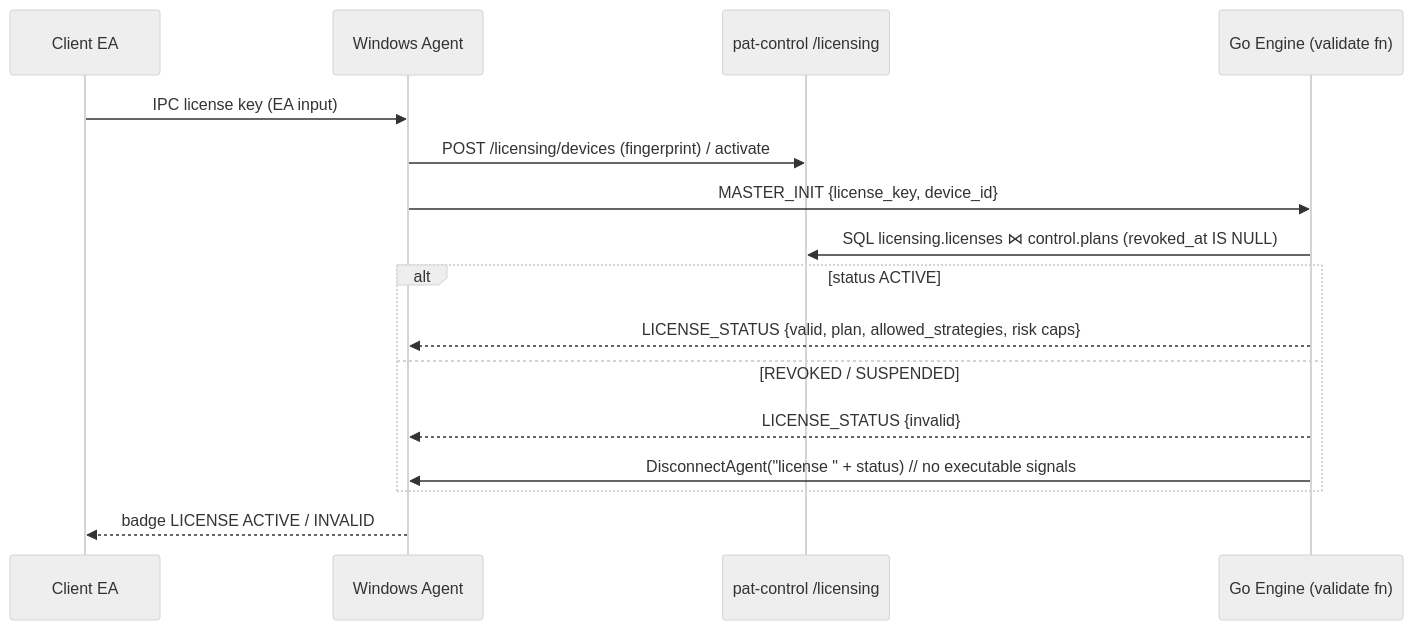
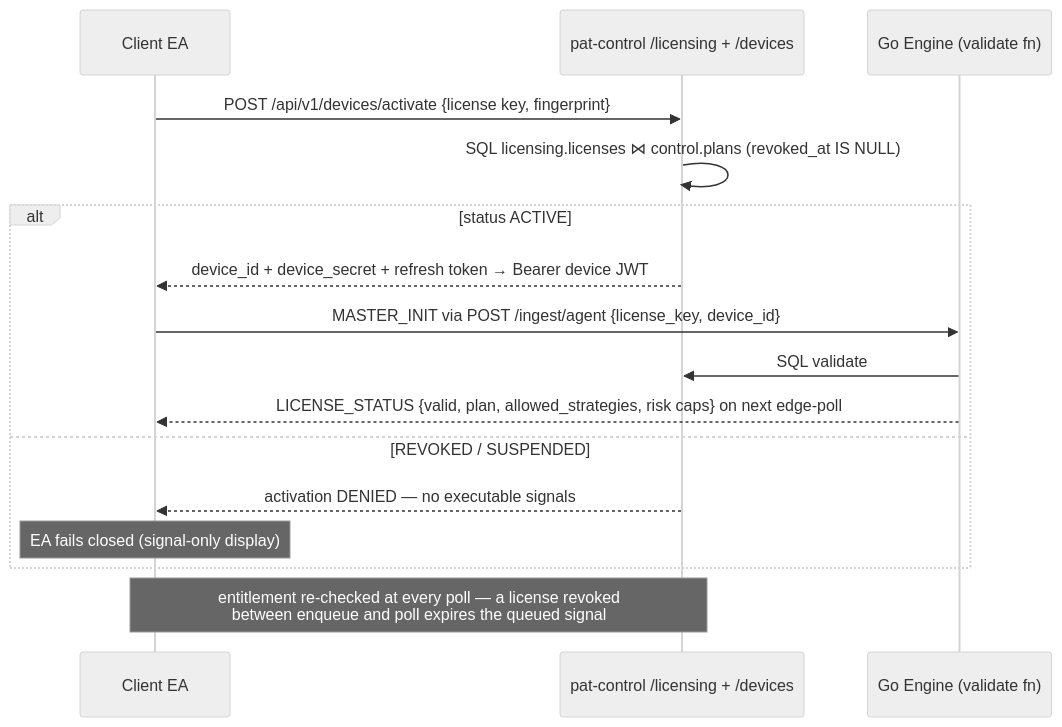
The fifth of 9 diagrams in docs/architecture/FLOW_DIAGRAMS.md (simhaonline/predictatrade), drawn with Mermaid (neutral theme) before and after one commit. The commit also changed other lines of this file and 13 other files, not shown here.

Commit message:
docs: v1.29.0 docs sweep — Option B transport everywhere; flow diagrams rewired to ingest/agent + edge-poll; delivery model corrected to enqueue-SQL entitlements + fail-closed AgentAccountOK; 7-engine counts; guides de-Windows-Agented; MANIFEST/README/sidebar/test-procedure synced

````diff
--- a/docs/architecture/FLOW_DIAGRAMS.md
+++ b/docs/architecture/FLOW_DIAGRAMS.md
@@ -168,19 +165,19 @@
 ```mermaid
 sequenceDiagram
     participant EA as Client EA
-    participant AG as Windows Agent
-    participant CP as pat-control /licensing
+    participant CP as pat-control /licensing + /devices
     participant E as Go Engine (validate fn)
 
-    EA->>AG: IPC license key (EA input)
-    AG->>CP: POST /licensing/devices (fingerprint) / activate
-    AG->>E: MASTER_INIT {license_key, device_id}
-    E->>CP: SQL licensing.licenses ⋈ control.plans (revoked_at IS NULL)
+    EA->>CP: POST /api/v1/devices/activate {license key, fingerprint}
+    CP->>CP: SQL licensing.licenses ⋈ control.plans (revoked_at IS NULL)
     alt status ACTIVE
-        E-->>AG: LICENSE_STATUS {valid, plan, allowed_strategies, risk caps}
+        CP-->>EA: device_id + device_secret + refresh token → Bearer device JWT
+        EA->>E: MASTER_INIT via POST /ingest/agent {license_key, device_id}
+        E->>CP: SQL validate
+        E-->>EA: LICENSE_STATUS {valid, plan, allowed_strategies, risk caps} on next edge-poll
     else REVOKED / SUSPENDED
-        E-->>AG: LICENSE_STATUS {invalid}
-        E->>AG: DisconnectAgent("license " + status)  // no executable signals
+        CP-->>EA: activation DENIED — no executable signals
+        Note over EA: EA fails closed (signal-only display)
     end
-    AG-->>EA: badge LICENSE ACTIVE / INVALID
+    Note over EA,CP: entitlement re-checked at every poll — a license revoked<br/>between enqueue and poll expires the queued signal
 ```
````
